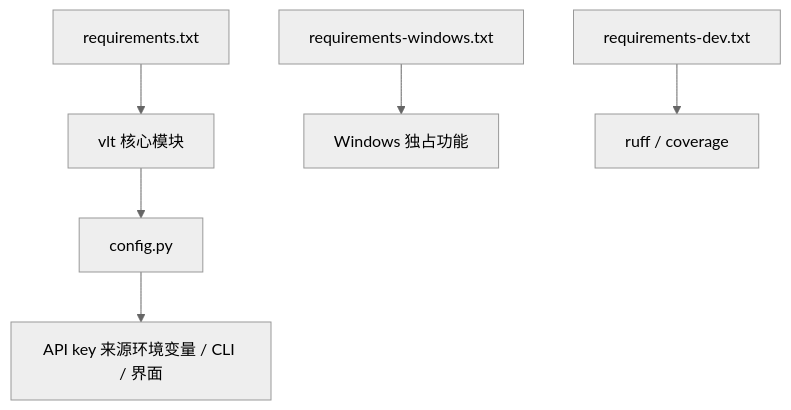
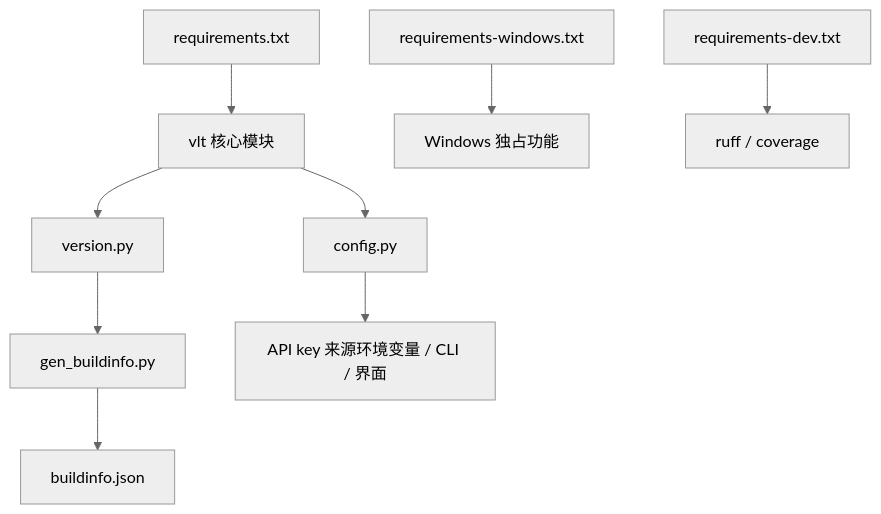
The tenth of 10 diagrams in .qoder/repowiki/zh/content/部署与发布.md (EMeowAGENT/vrchat-livetranslate), drawn with Mermaid (neutral theme) before and after one commit. The commit also changed other lines of this file and 75 other files, not shown here.

````diff
--- a/.qoder/repowiki/zh/content/部署与发布.md
+++ b/.qoder/repowiki/zh/content/部署与发布.md
@@ -317,8 +382,11 @@
 ```mermaid
 graph TB
 RCommon["requirements.txt"] --> Core["vlt 核心模块"]
 RWin["requirements-windows.txt"] --> WinOnly["Windows 独占功能"]
 RDev["requirements-dev.txt"] --> DevTools["ruff / coverage"]
 Core --> Config["config.py"]
+Core --> Version["version.py"]
+Version --> BuildInfo["gen_buildinfo.py"]
 Config --> Key["API key 来源环境变量 / CLI / 界面"]
+BuildInfo --> JSON["buildinfo.json"]
 ```
````
